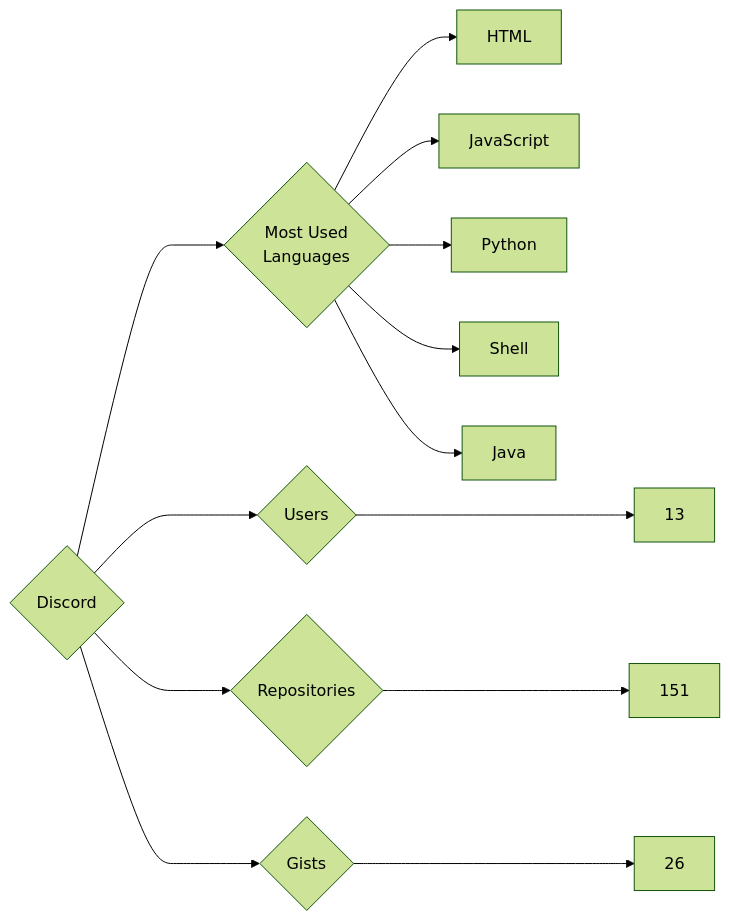
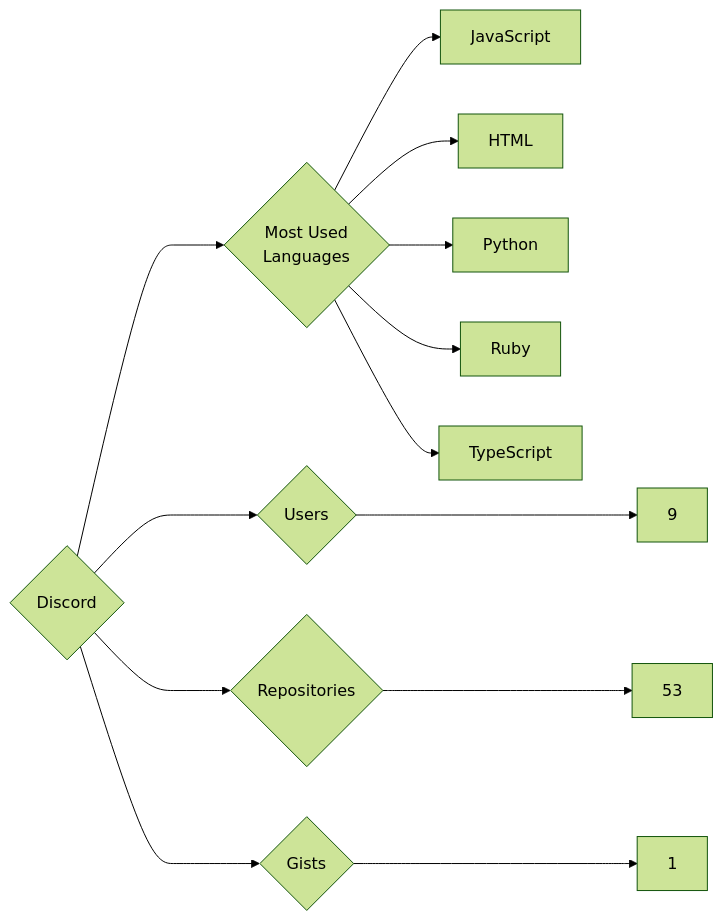
One commit to trickest/insiders changed the diagram in targets/Discord/README.md. Above: the diagram before and after it, drawn with Mermaid (forest theme). The commit also changed 912 other files, not shown here.

````diff
--- a/targets/Discord/README.md
+++ b/targets/Discord/README.md
@@ -3,13 +3,13 @@
 ```mermaid
 graph LR
 COMPANY_NAME{Discord}
-COMPANY_NAME ---> U{Users} ---> UN[13]
-COMPANY_NAME ---> R{Repositories} ---> RN[151]
-COMPANY_NAME ---> G{Gists} ---> GN[26]
+COMPANY_NAME ---> U{Users} ---> UN[9]
+COMPANY_NAME ---> R{Repositories} ---> RN[53]
+COMPANY_NAME ---> G{Gists} ---> GN[1]
 COMPANY_NAME ---> ML{Most Used<br>Languages}
+ML --> JavaScript[JavaScript]
 ML --> HTML[HTML]
-ML --> JavaScript[JavaScript]
 ML --> Python[Python]
-ML --> Shell[Shell]
-ML --> Java[Java]
+ML --> Ruby[Ruby]
+ML --> TypeScript[TypeScript]
 ```
````
